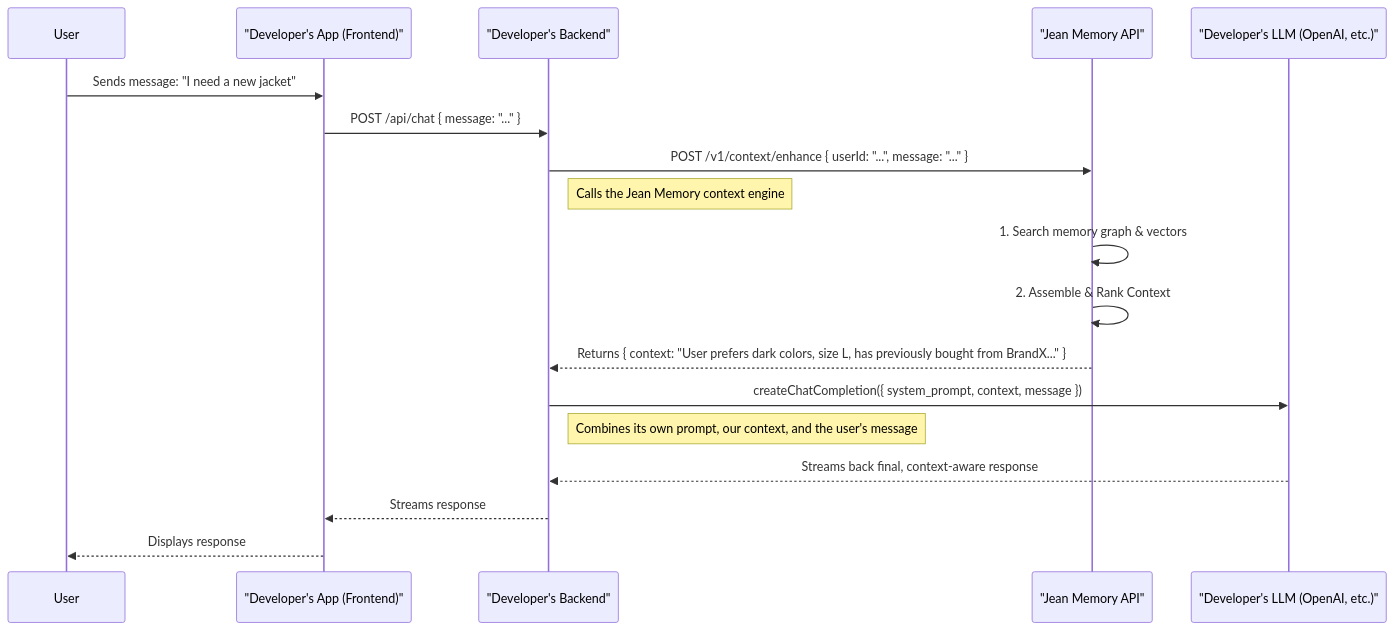
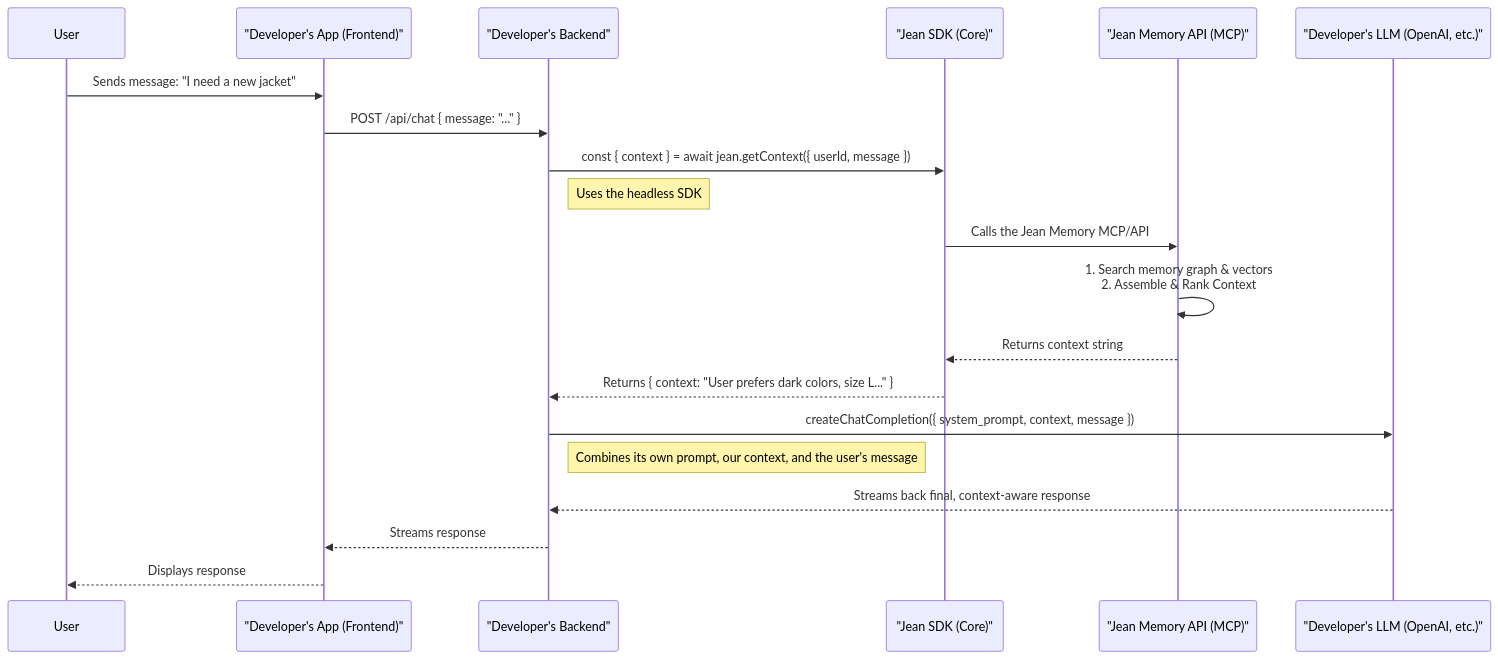
One commit to jean-technologies/jean-memory changed the diagram in IDEAL_SDK_DESIGN.md. Above: the diagram before and after it, drawn with Mermaid. The commit also changed other lines of this file and 3 other files, not shown here.

````diff
--- a/IDEAL_SDK_DESIGN.md
+++ b/IDEAL_SDK_DESIGN.md
@@ -22,25 +25,29 @@
 ```mermaid
 sequenceDiagram
     participant User
     participant DevApp as "Developer's App (Frontend)"
     participant DevServer as "Developer's Backend"
-    participant JeanAPI as "Jean Memory API"
+    participant JeanSDK as "Jean SDK (Core)"
+    participant JeanAPI as "Jean Memory API (MCP)"
     participant DevLLM as "Developer's LLM (OpenAI, etc.)"
 
     User->>DevApp: Sends message: "I need a new jacket"
     DevApp->>DevServer: POST /api/chat { message: "..." }
     
-    DevServer->>JeanAPI: POST /v1/context/enhance { userId: "...", message: "..." }
-    note right of DevServer: Calls the Jean Memory context engine
+    DevServer->>JeanSDK: const { context } = await jean.getContext({ userId, message });
+    note right of DevServer: Uses the headless SDK
     
-    JeanAPI->>JeanAPI: 1. Search memory graph & vectors
-    JeanAPI->>JeanAPI: 2. Assemble & Rank Context
-    JeanAPI-->>DevServer: Returns { context: "User prefers dark colors, size L, has previously bought from BrandX..." }
+    JeanSDK->>JeanAPI: Calls the Jean Memory MCP/API
+    
+    JeanAPI->>JeanAPI: 1. Search memory graph & vectors<br/>2. Assemble & Rank Context
+    JeanAPI-->>JeanSDK: Returns context string
+    
+    JeanSDK-->>DevServer: Returns { context: "User prefers dark colors, size L..." }
     
     DevServer->>DevLLM: createChatCompletion({ system_prompt, context, message })
     note right of DevServer: Combines its own prompt, our context, and the user's message
     
     DevLLM-->>DevServer: Streams back final, context-aware response
     DevServer-->>DevApp: Streams response
     DevApp-->>User: Displays response
 ```
````
